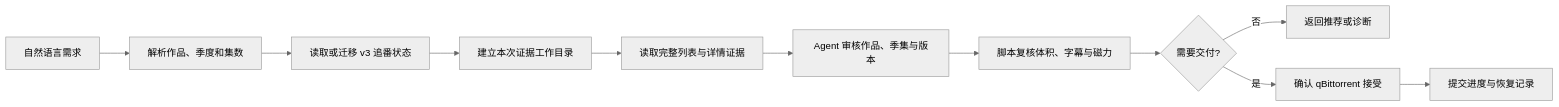
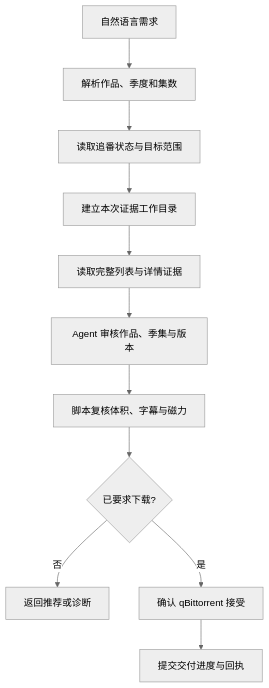
One commit to divisioncassini05-lab/find-nyaa-anime-release changed the diagram in README.md. Above: the diagram before and after it, drawn with Mermaid (neutral theme). The commit also changed other lines of this file and 17 other files, not shown here.

````diff
--- a/README.md
+++ b/README.md
@@ -110,13 +116,13 @@
 ```mermaid
-flowchart LR
+flowchart TD
     A[自然语言需求] --> B[解析作品、季度和集数]
-    B --> C[读取或迁移 v3 追番状态]
+    B --> C[读取追番状态与目标范围]
     C --> D[建立本次证据工作目录]
     D --> E[读取完整列表与详情证据]
     E --> F[Agent 审核作品、季集与版本]
     F --> G[脚本复核体积、字幕与磁力]
-    G --> H{需要交付?}
+    G --> H{已要求下载?}
     H -- 否 --> I[返回推荐或诊断]
     H -- 是 --> J[确认 qBittorrent 接受]
-    J --> K[提交进度与恢复记录]
+    J --> K[提交交付进度与回执]
 ```
````
